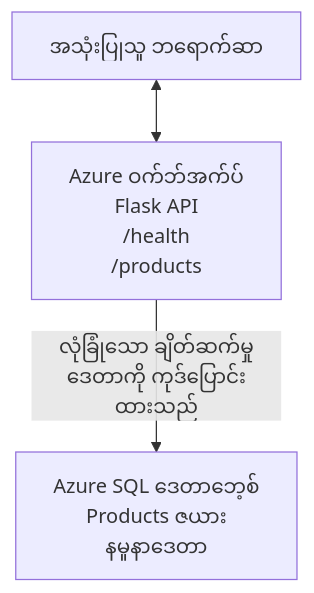
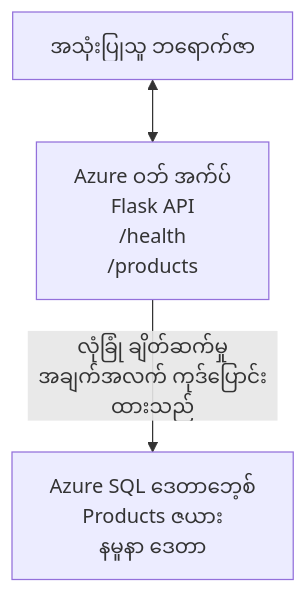
The diagram in translations/my/examples/database-app/README.md (microsoft/AZD-for-beginners), drawn with Mermaid before and after one commit. The commit also changed other lines of this file and 104 other files, not shown here.

````diff
--- a/translations/my/examples/database-app/README.md
+++ b/translations/my/examples/database-app/README.md
@@ -72,5 +72,5 @@
 ```mermaid
 graph TD
-    Browser[အသုံးပြုသူ ဘရောက်ဆာ] <--> WebApp[Azure ဝက်ဘ်အက်ပ်<br/>Flask API<br/>/health<br/>/products]
-    WebApp -- လုံခြုံသော ချိတ်ဆက်မှု<br/>ဒေတာကို ကုဒ်ပြောင်းထားသည် --> SQL[Azure SQL ဒေတာဘေ့စ်<br/>Products ဇယား<br/>နမူနာဒေတာ]
+    Browser[အသုံးပြုသူ ဘရောက်ဇာ] <--> WebApp[Azure ဝဘ် အက်ပ်<br/>Flask API<br/>/health<br/>/products]
+    WebApp -- လုံခြုံ ချိတ်ဆက်မှု<br/>အချက်အလက် ကုဒ်ပြောင်းထားသည် --> SQL[Azure SQL ဒေတာဘေ့စ်<br/>Products ဇယား<br/>နမူနာ ဒေတာ]
 ```
````
